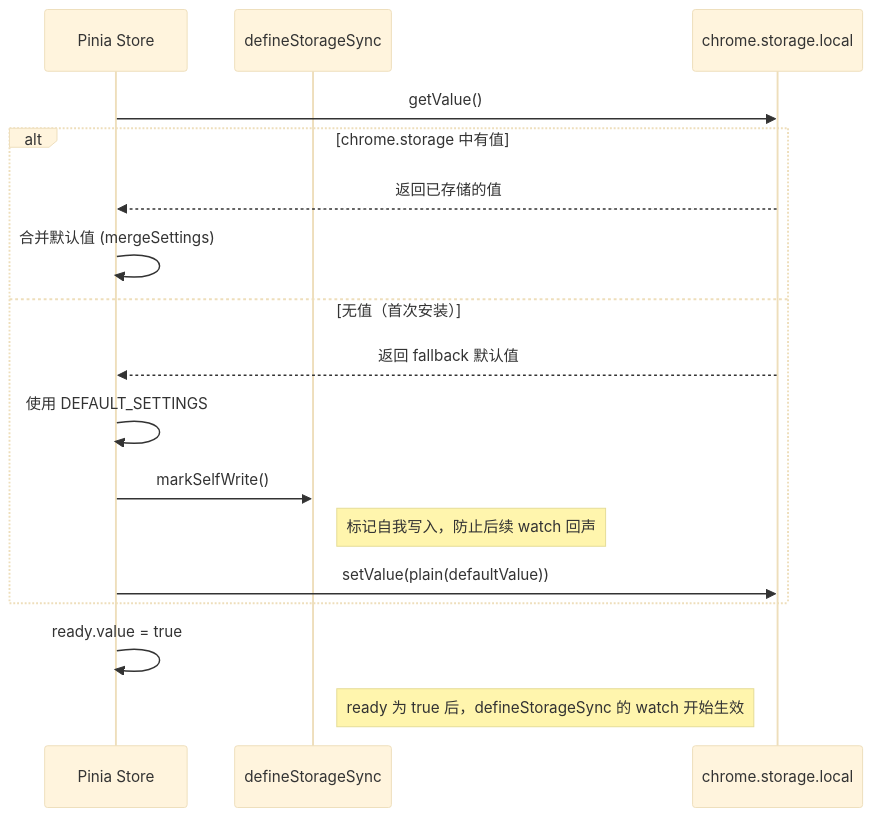
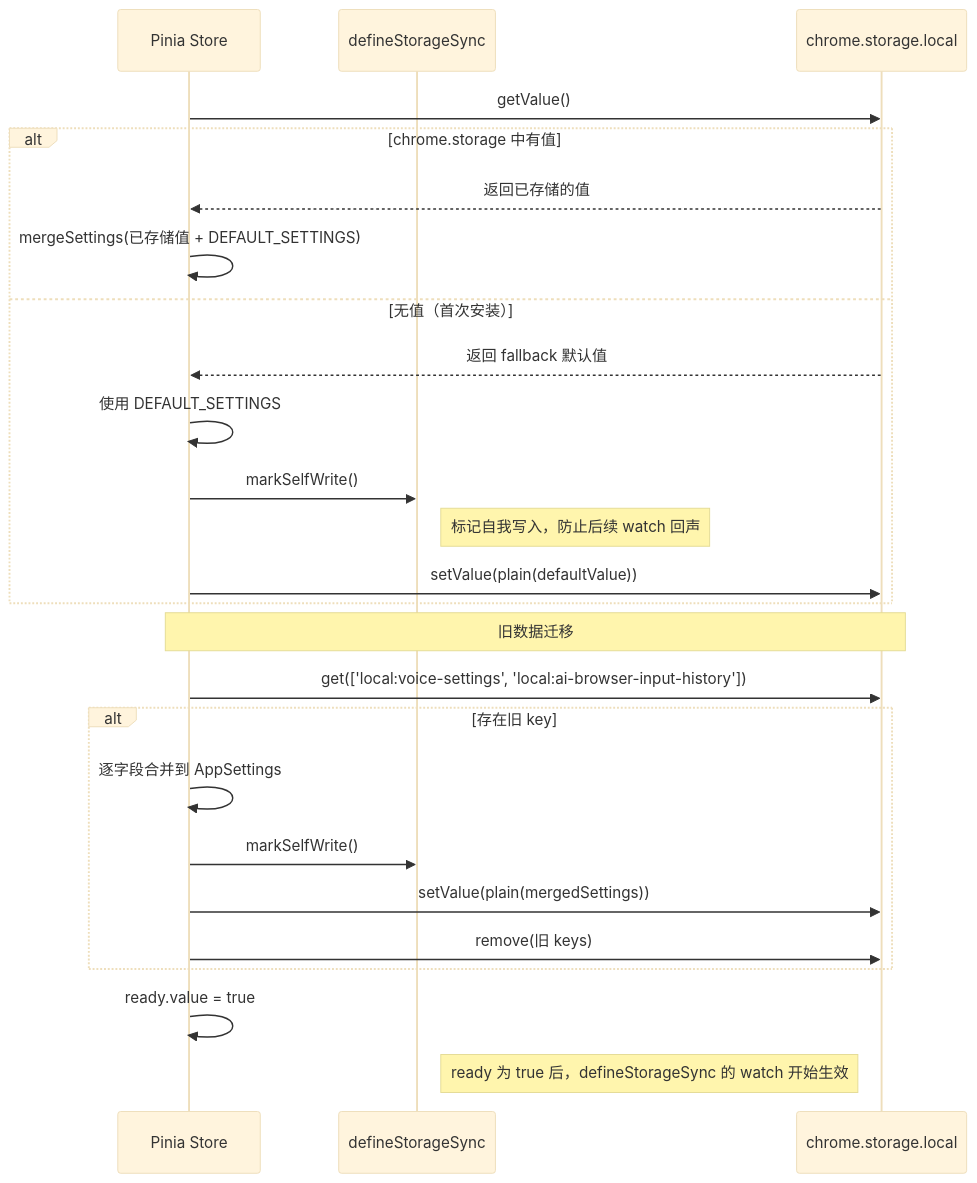
One commit to zw123zw/ai-browser changed the fourth of 5 diagrams in docs/architecture/storage.md. Above: the diagram before and after it, drawn with Mermaid (base theme). The commit also changed other lines of this file and 13 other files, not shown here.

````diff
--- a/docs/architecture/storage.md
+++ b/docs/architecture/storage.md
@@ -441,20 +529,30 @@
 ```mermaid
 sequenceDiagram
     participant Store as Pinia Store
     participant Sync as defineStorageSync
     participant Storage as chrome.storage.local
 
     Store->>Storage: getValue()
     alt chrome.storage 中有值
         Storage-->>Store: 返回已存储的值
-        Store->>Store: 合并默认值 (mergeSettings)
+        Store->>Store: mergeSettings(已存储值 + DEFAULT_SETTINGS)
     else 无值（首次安装）
         Storage-->>Store: 返回 fallback 默认值
         Store->>Store: 使用 DEFAULT_SETTINGS
         Store->>Sync: markSelfWrite()
         Note right of Sync: 标记自我写入，防止后续 watch 回声
         Store->>Storage: setValue(plain(defaultValue))
     end
+
+    Note over Store,Storage: 旧数据迁移
+    Store->>Storage: get(['local:voice-settings', 'local:ai-browser-input-history'])
+    alt 存在旧 key
+        Store->>Store: 逐字段合并到 AppSettings
+        Store->>Sync: markSelfWrite()
+        Store->>Storage: setValue(plain(mergedSettings))
+        Store->>Storage: remove(旧 keys)
+    end
+
     Store->>Store: ready.value = true
     Note right of Sync: ready 为 true 后，defineStorageSync 的 watch 开始生效
 ```
````
